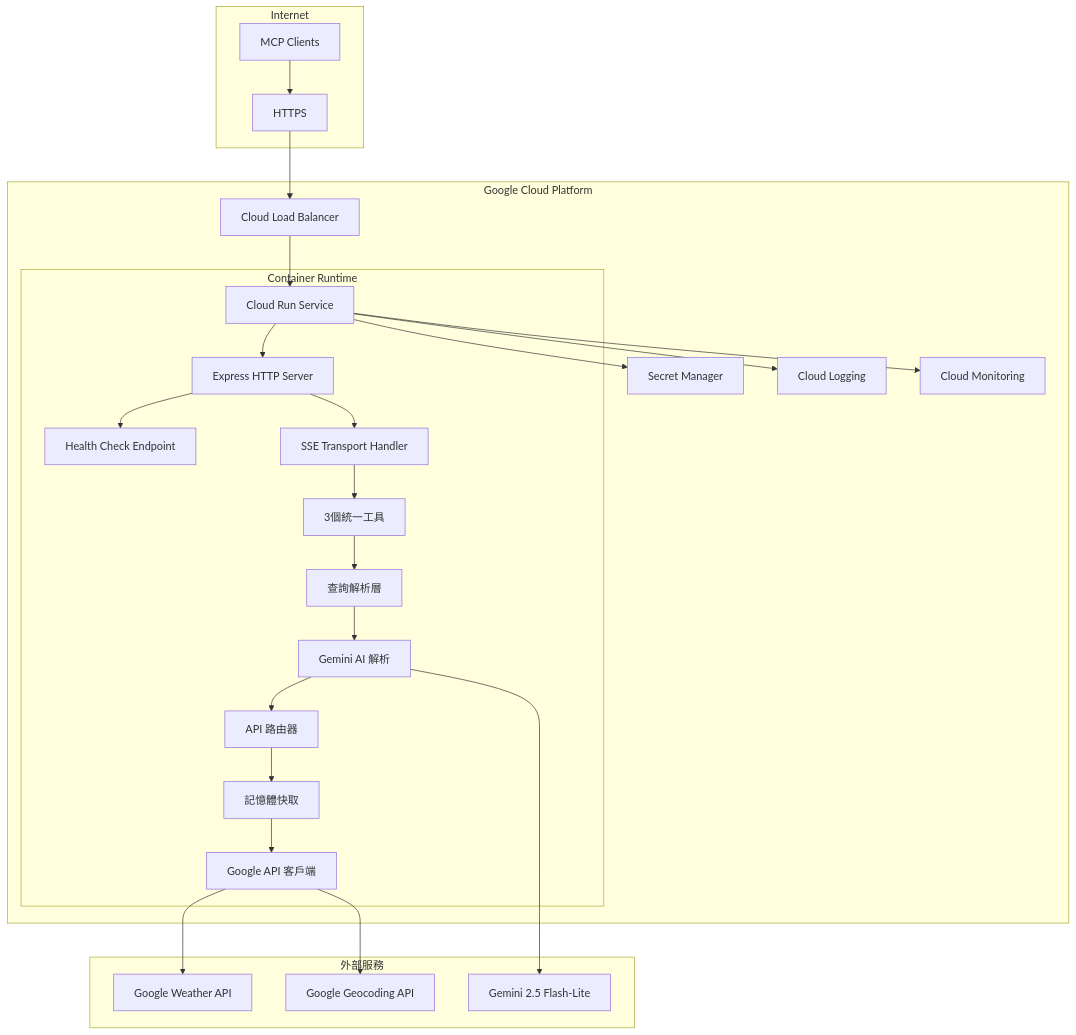
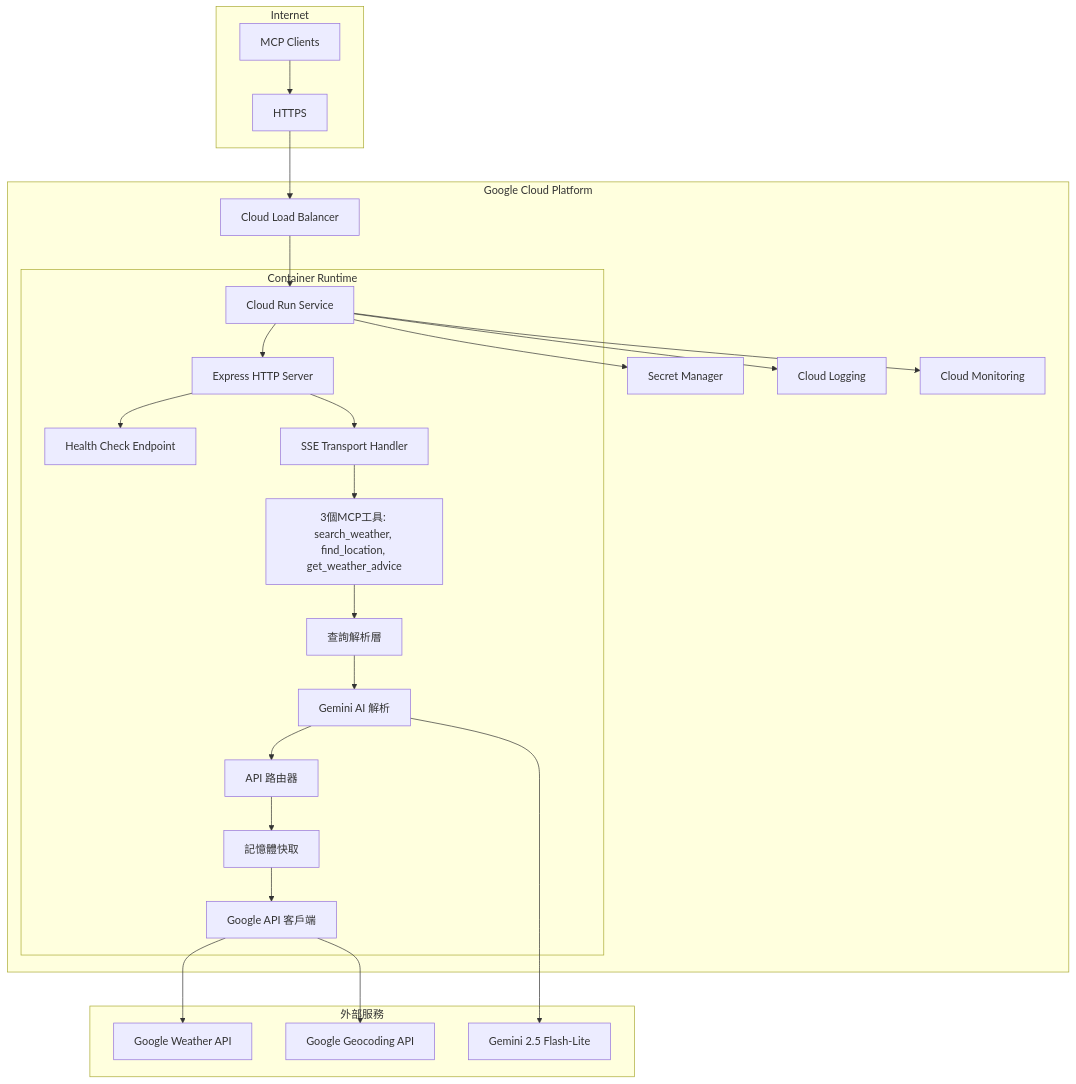
One commit to lis186/smart-weather-mcp-server changed the second of 6 diagrams in docs/architecture/spec.md. Above: the diagram before and after it, drawn with Mermaid. The commit also changed other lines of this file and 22 other files, not shown here.

First line of the commit message:
feat(parsing): implement hybrid rule-based + AI fallback architecture

````diff
--- a/docs/architecture/spec.md
+++ b/docs/architecture/spec.md
@@ -79,33 +79,33 @@
 ```mermaid
 graph TB
     subgraph "Internet"
         A[MCP Clients] --> B[HTTPS]
     end
     
     subgraph "Google Cloud Platform"
         B --> C[Cloud Load Balancer]
         C --> D[Cloud Run Service]
         
         subgraph "Container Runtime"
             D --> E[Express HTTP Server]
             E --> F[Health Check Endpoint]
             E --> G[SSE Transport Handler]
-            G --> H[3個統一工具]
+            G --> H[3個MCP工具: search_weather, find_location, get_weather_advice]
             H --> I[查詢解析層]
             I --> J[Gemini AI 解析]
             J --> K[API 路由器]
             K --> L[記憶體快取]
             L --> M[Google API 客戶端]
         end
         
         D --> N[Secret Manager]
         D --> O[Cloud Logging]
         D --> P[Cloud Monitoring]
     end
     
     subgraph "外部服務"
         M --> Q[Google Weather API]
         M --> R[Google Geocoding API]
         J --> S[Gemini 2.5 Flash-Lite]
     end
 ```
````
